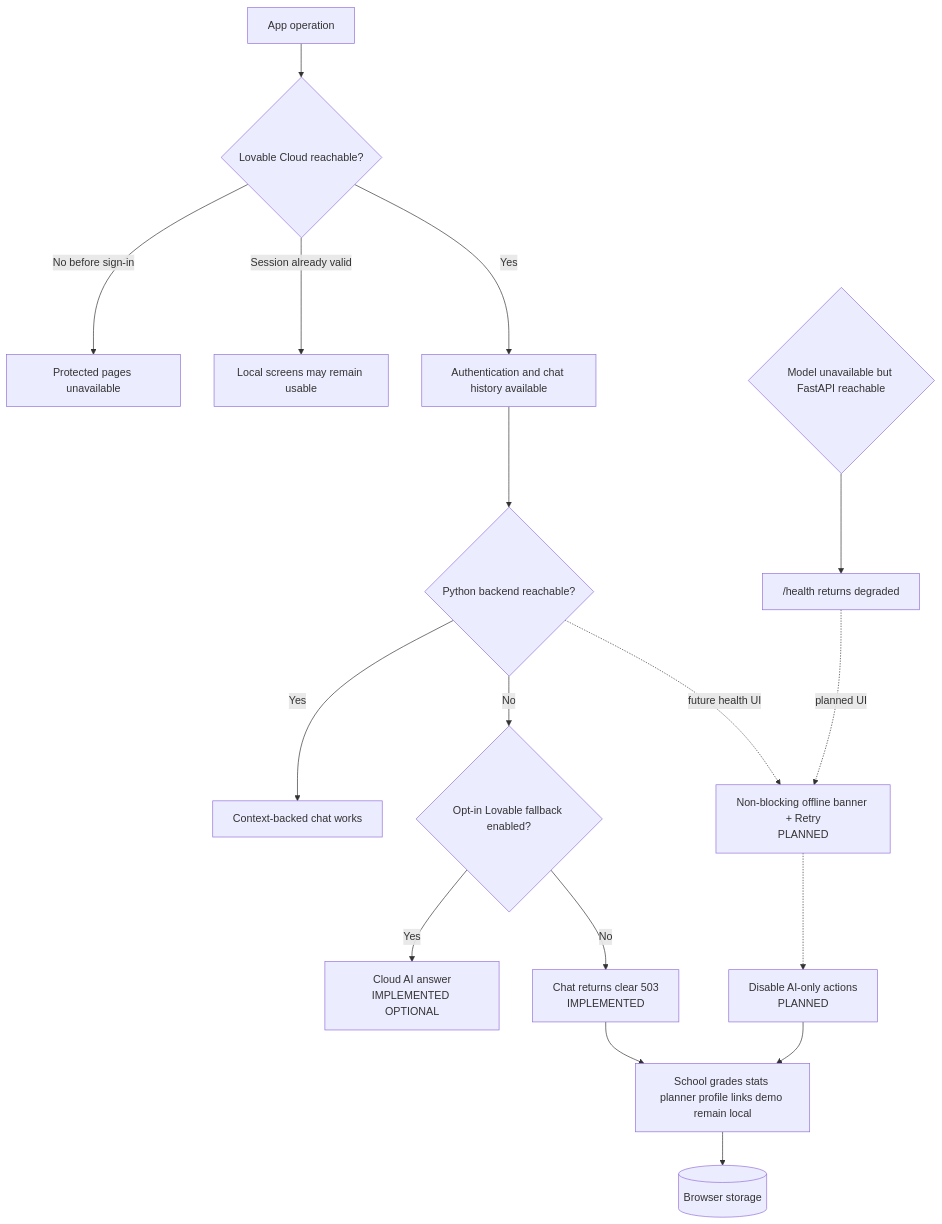
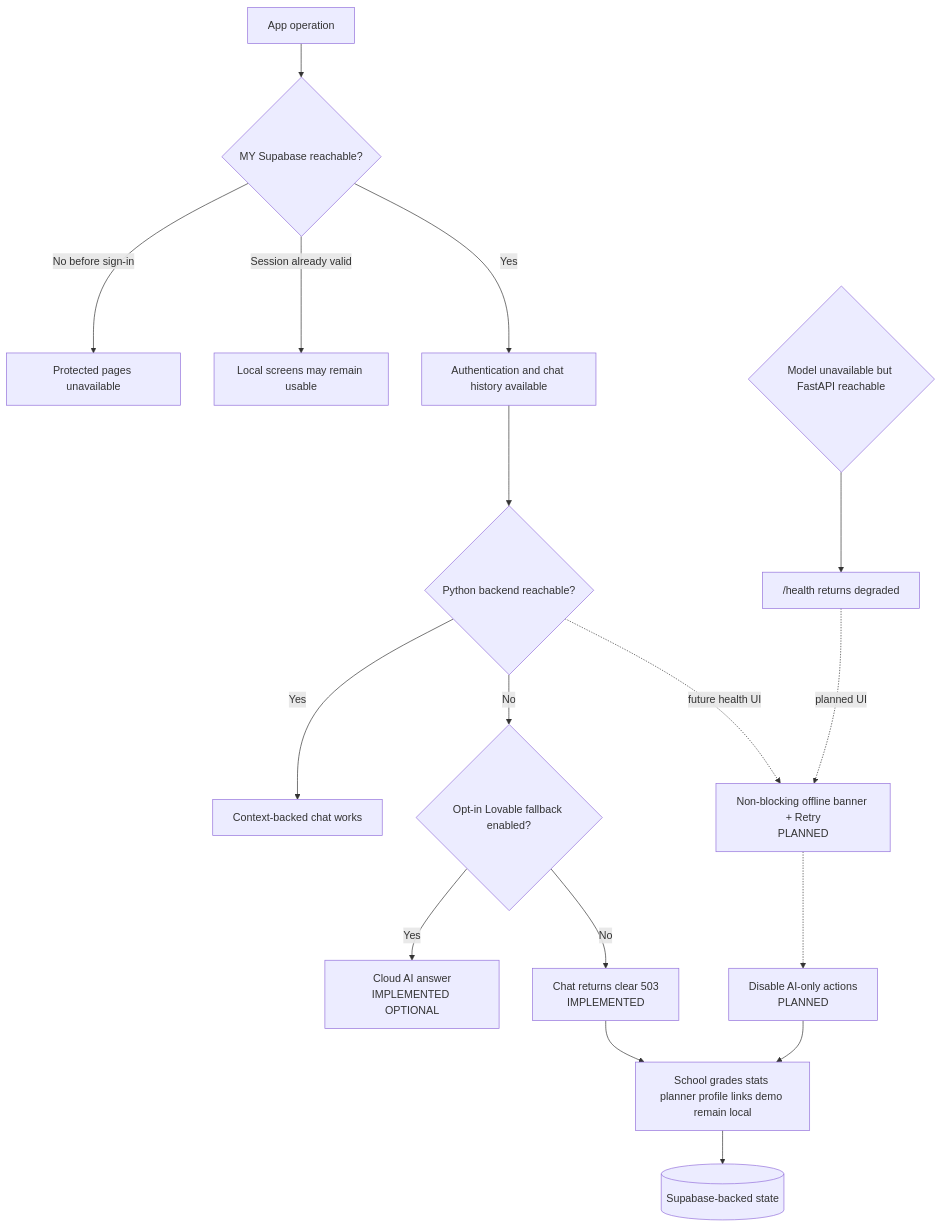
Diagram 15 of 15 in lovabledocs/FULL_APP_WIREFRAMES.md (keyshavmor/study-swiss-star), drawn with Mermaid before and after one commit. The commit also changed other lines of this file and 118 other files, not shown here.

Commit message:
full supabase isolation from lovable

````diff
--- a/lovabledocs/FULL_APP_WIREFRAMES.md
+++ b/lovabledocs/FULL_APP_WIREFRAMES.md
@@ -444,19 +442,19 @@
 ```mermaid
 flowchart TD
-  Start[App operation] --> Cloud{Lovable Cloud reachable?}
+  Start[App operation] --> Cloud{MY Supabase reachable?}
   Cloud -->|No before sign-in| AuthBlocked[Protected pages unavailable]
   Cloud -->|Session already valid| LocalScreens[Local screens may remain usable]
   Cloud -->|Yes| Gate[Authentication and chat history available]
   Gate --> Python{Python backend reachable?}
   Python -->|Yes| AI[Context-backed chat works]
   Python -->|No| Fallback{Opt-in Lovable fallback enabled?}
   Fallback -->|Yes| Gateway[Cloud AI answer\nIMPLEMENTED OPTIONAL]
   Fallback -->|No| Error[Chat returns clear 503\nIMPLEMENTED]
   Python -. future health UI .-> Banner[Non-blocking offline banner + Retry\nPLANNED]
   Banner -.-> Disable[Disable AI-only actions\nPLANNED]
   Error --> Continue[School grades stats planner profile links demo remain local]
   Disable --> Continue
-  Continue --> Store[(Browser storage)]
+  Continue --> Store[(Supabase-backed state)]
   ModelDown{Model unavailable but FastAPI reachable} --> Degraded["/health returns degraded"]
   Degraded -. planned UI .-> Banner
 ```
````
